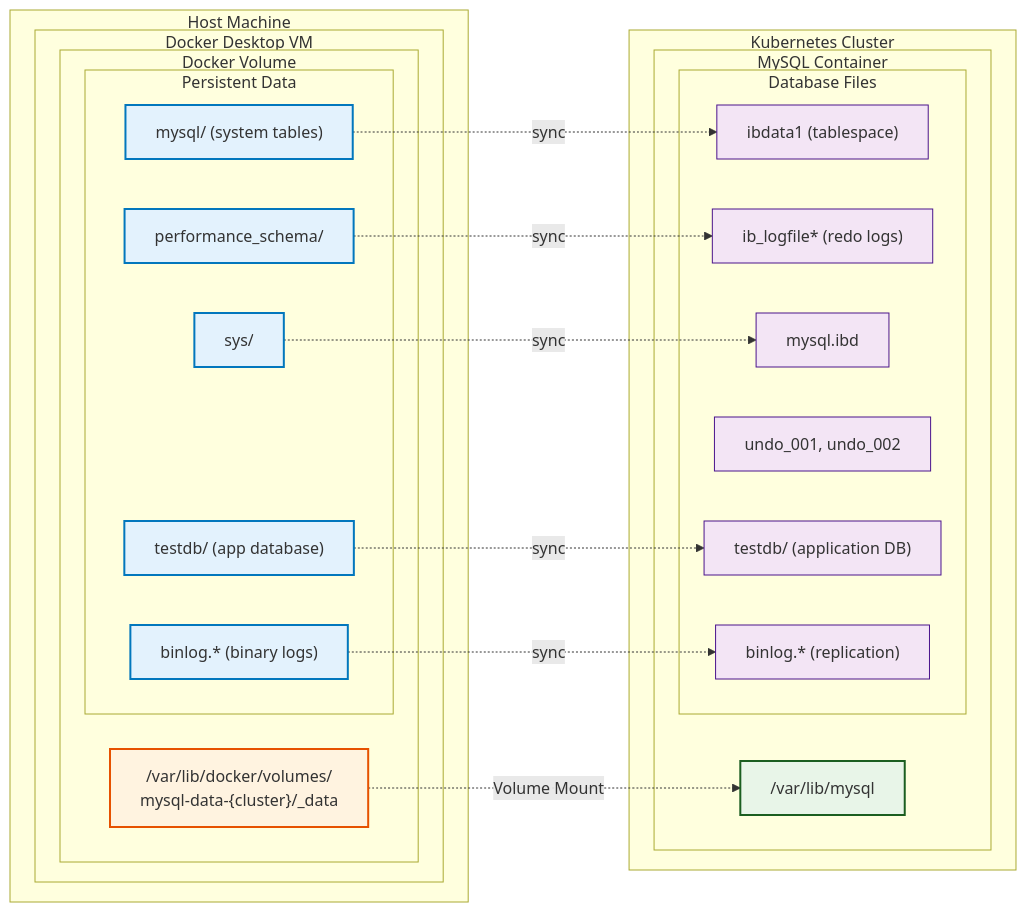
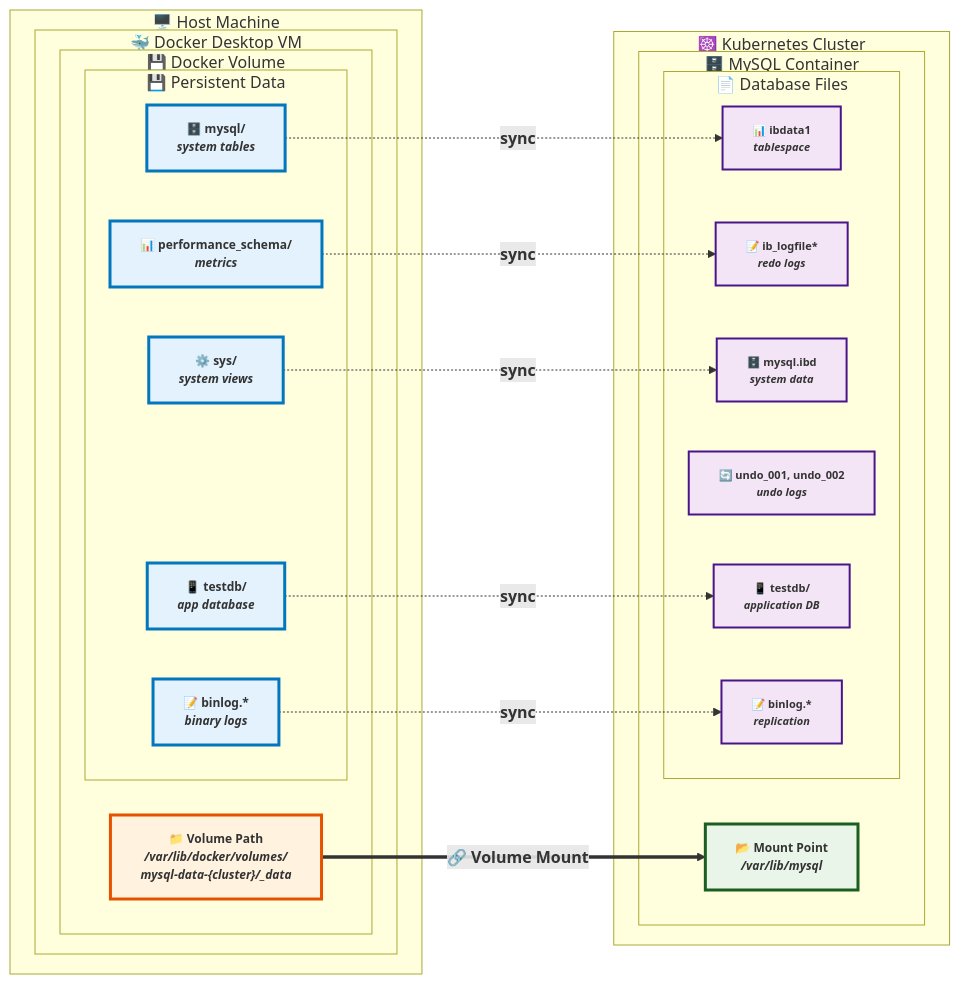
One commit to msreekanth02/kind-kubernetes-cluster-manager changed the seventh of 12 diagrams in ARCHITECTURE.md. Above: the diagram before and after it, drawn with Mermaid. The commit also changed other lines of this file, not shown here.

First line of the commit message:
Complete rewrite of ARCHITECTURE.md with proper Mermaid diagrams

````diff
--- a/ARCHITECTURE.md
+++ b/ARCHITECTURE.md
@@ -506,54 +512,54 @@
 ```mermaid
 graph LR
-    subgraph "Host Machine"
-        subgraph "Docker Desktop VM"
-            subgraph "Docker Volume"
-                VOLUME["/var/lib/docker/volumes/<br/>mysql-data-{cluster}/_data"]
+    subgraph HostMachine["🖥️ Host Machine"]
+        subgraph DockerVM["🐳 Docker Desktop VM"]
+            subgraph DockerVolume["💾 Docker Volume"]
+                VOLUME["<b>📁 Volume Path</b><br/><i>/var/lib/docker/volumes/</i><br/><i>mysql-data-{cluster}/_data</i>"]
                 
-                subgraph "Persistent Data"
-                    MYSQL_SYS["mysql/ (system tables)"]
-                    PERF_SCHEMA["performance_schema/"]
-                    SYS_SCHEMA["sys/"]
-                    APP_DB["testdb/ (app database)"]
-                    BINLOGS["binlog.* (binary logs)"]
+                subgraph PersistentData["💾 Persistent Data"]
+                    MYSQL_SYS["<b>🗄️ mysql/</b><br/><i>system tables</i>"]
+                    PERF_SCHEMA["<b>📊 performance_schema/</b><br/><i>metrics</i>"]
+                    SYS_SCHEMA["<b>⚙️ sys/</b><br/><i>system views</i>"]
+                    APP_DB["<b>📱 testdb/</b><br/><i>app database</i>"]
+                    BINLOGS["<b>📝 binlog.*</b><br/><i>binary logs</i>"]
                 end
             end
         end
     end
     
-    subgraph "Kubernetes Cluster"
-        subgraph "MySQL Container"
-            MOUNT["/var/lib/mysql"]
+    subgraph K8sCluster["☸️ Kubernetes Cluster"]
+        subgraph MySQLContainer["🗄️ MySQL Container"]
+            MOUNT["<b>📂 Mount Point</b><br/><i>/var/lib/mysql</i>"]
             
-            subgraph "Database Files"
-                IBDATA["ibdata1 (tablespace)"]
-                REDOLOGS["ib_logfile* (redo logs)"]
-                MYSQL_IBD["mysql.ibd"]
-                UNDO["undo_001, undo_002"]
-                TESTDB["testdb/ (application DB)"]
-                BIN_REPLICA["binlog.* (replication)"]
+            subgraph DatabaseFiles["📄 Database Files"]
+                IBDATA["<b>📊 ibdata1</b><br/><i>tablespace</i>"]
+                REDOLOGS["<b>📝 ib_logfile*</b><br/><i>redo logs</i>"]
+                MYSQL_IBD["<b>🗄️ mysql.ibd</b><br/><i>system data</i>"]
+                UNDO["<b>🔄 undo_001, undo_002</b><br/><i>undo logs</i>"]
+                TESTDB["<b>📱 testdb/</b><br/><i>application DB</i>"]
+                BIN_REPLICA["<b>📝 binlog.*</b><br/><i>replication</i>"]
             end
         end
     end
     
     %% Volume mounting
-    VOLUME -.->|Volume Mount| MOUNT
+    VOLUME ==>|"<b>🔗 Volume Mount</b>"| MOUNT
     
     %% Data synchronization
-    MYSQL_SYS -.->|sync| IBDATA
-    PERF_SCHEMA -.->|sync| REDOLOGS
-    SYS_SCHEMA -.->|sync| MYSQL_IBD
-    APP_DB -.->|sync| TESTDB
-    BINLOGS -.->|sync| BIN_REPLICA
+    MYSQL_SYS -.->|"<b>sync</b>"| IBDATA
+    PERF_SCHEMA -.->|"<b>sync</b>"| REDOLOGS
+    SYS_SCHEMA -.->|"<b>sync</b>"| MYSQL_IBD
+    APP_DB -.->|"<b>sync</b>"| TESTDB
+    BINLOGS -.->|"<b>sync</b>"| BIN_REPLICA
     
-    %% Styling
-    classDef host fill:#fff3e0,stroke:#e65100,stroke-width:2px
-    classDef volume fill:#e3f2fd,stroke:#0277bd,stroke-width:2px
-    classDef container fill:#e8f5e8,stroke:#1b5e20,stroke-width:2px
-    classDef data fill:#f3e5f5,stroke:#4a148c,stroke-width:1px
+    %% Styling with bold text and proper font sizes
+    classDef host fill:#fff3e0,stroke:#e65100,stroke-width:3px,font-size:12px,font-weight:bold
+    classDef volume fill:#e3f2fd,stroke:#0277bd,stroke-width:3px,font-size:12px,font-weight:bold
+    classDef container fill:#e8f5e8,stroke:#1b5e20,stroke-width:3px,font-size:12px,font-weight:bold
+    classDef data fill:#f3e5f5,stroke:#4a148c,stroke-width:2px,font-size:11px,font-weight:bold
     
     class VOLUME host
     class MYSQL_SYS,PERF_SCHEMA,SYS_SCHEMA,APP_DB,BINLOGS volume
     class MOUNT container
     class IBDATA,REDOLOGS,MYSQL_IBD,UNDO,TESTDB,BIN_REPLICA data
 ```
````
